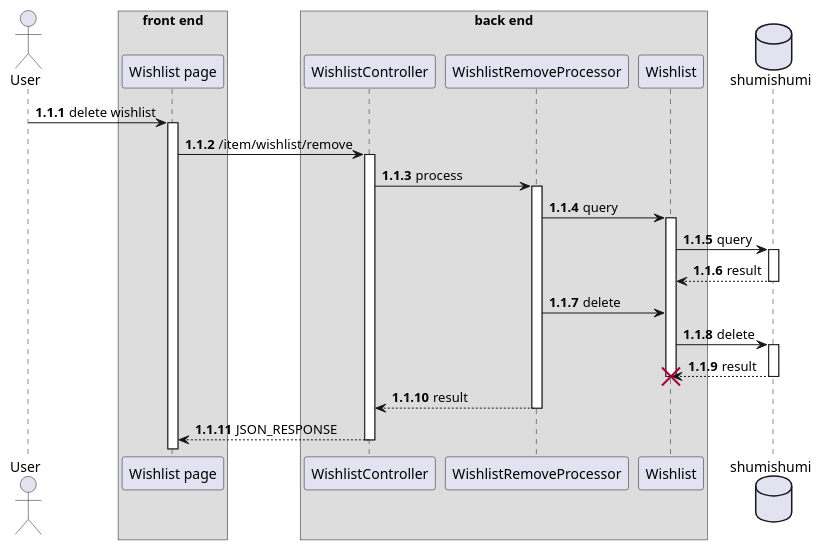
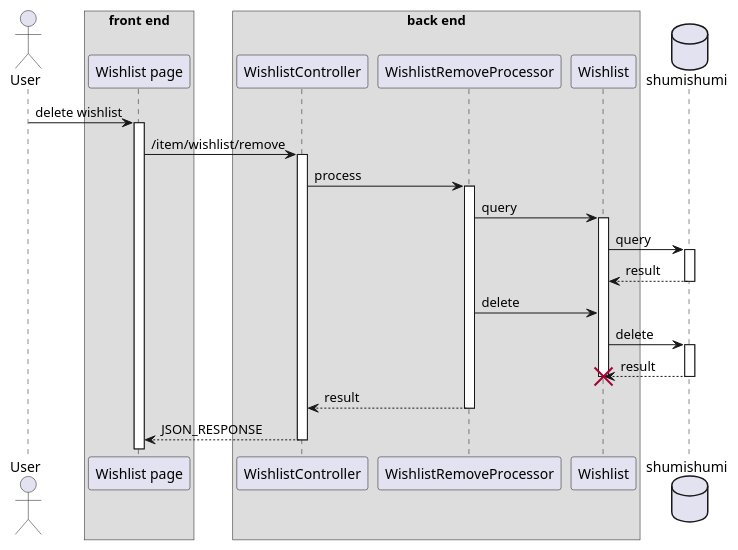
The diagram in uml diagram/sequence diagram/wishlist/remove from wishlist.pu (aldihsuhandi/skripsi-2023), drawn with PlantUML before and after one commit. The commit also changed 68 other files, not shown here.

Commit message:
fix sequence diagram

```diff
--- a/uml diagram/sequence diagram/wishlist/remove from wishlist.pu
+++ b/uml diagram/sequence diagram/wishlist/remove from wishlist.pu
@@ -1,33 +1,33 @@
 @startuml remove from wishlist
-autonumber 1.1.1
+'autonumber 1.1.1
 
 actor User as u
 
 box "front end"
 participant "Wishlist page" as wishlist
 end box
 
 box "back end"
 participant "WishlistController" as wc
 participant "WishlistRemoveProcessor" as rmproc
 participant Wishlist as wm
 end box
 
 database shumishumi as db
 
 u -> wishlist++ : delete wishlist
 wishlist -> wc++ : /item/wishlist/remove
 wc -> rmproc++ : process
 rmproc -> wm++ : query
 wm -> db++ : query
 return result
 rmproc -> wm : delete
 wm -> db++ : delete
 return result
 deactivate wm
 destroy wm
 
 return result
 return JSON_RESPONSE
 
 @enduml
```
